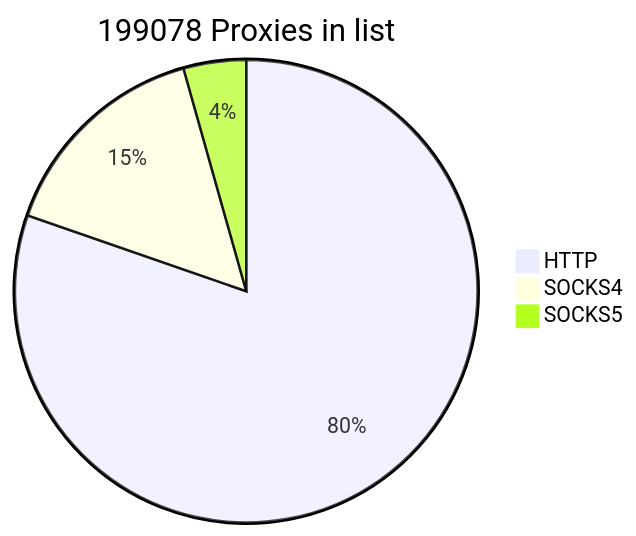
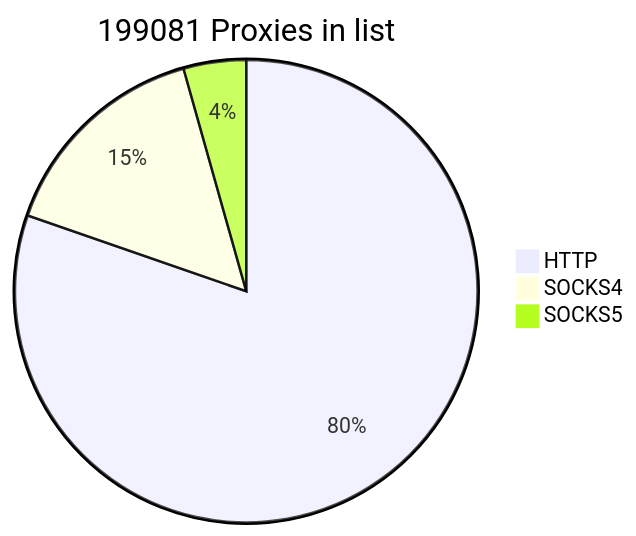
Before and after one commit to cutipu/proxylist: the first of 2 diagrams in README.md, drawn with Mermaid. The commit also changed other lines of this file, not shown here.

````diff
--- a/README.md
+++ b/README.md
@@ -2,7 +2,7 @@
 ```mermaid
-pie title 199078 Proxies in list
+pie title 199081 Proxies in list
     "HTTP" : 159879
-    "SOCKS4" : 30496
-    "SOCKS5" : 8703
+    "SOCKS4" : 30498
+    "SOCKS5" : 8704
             
 ```
````
